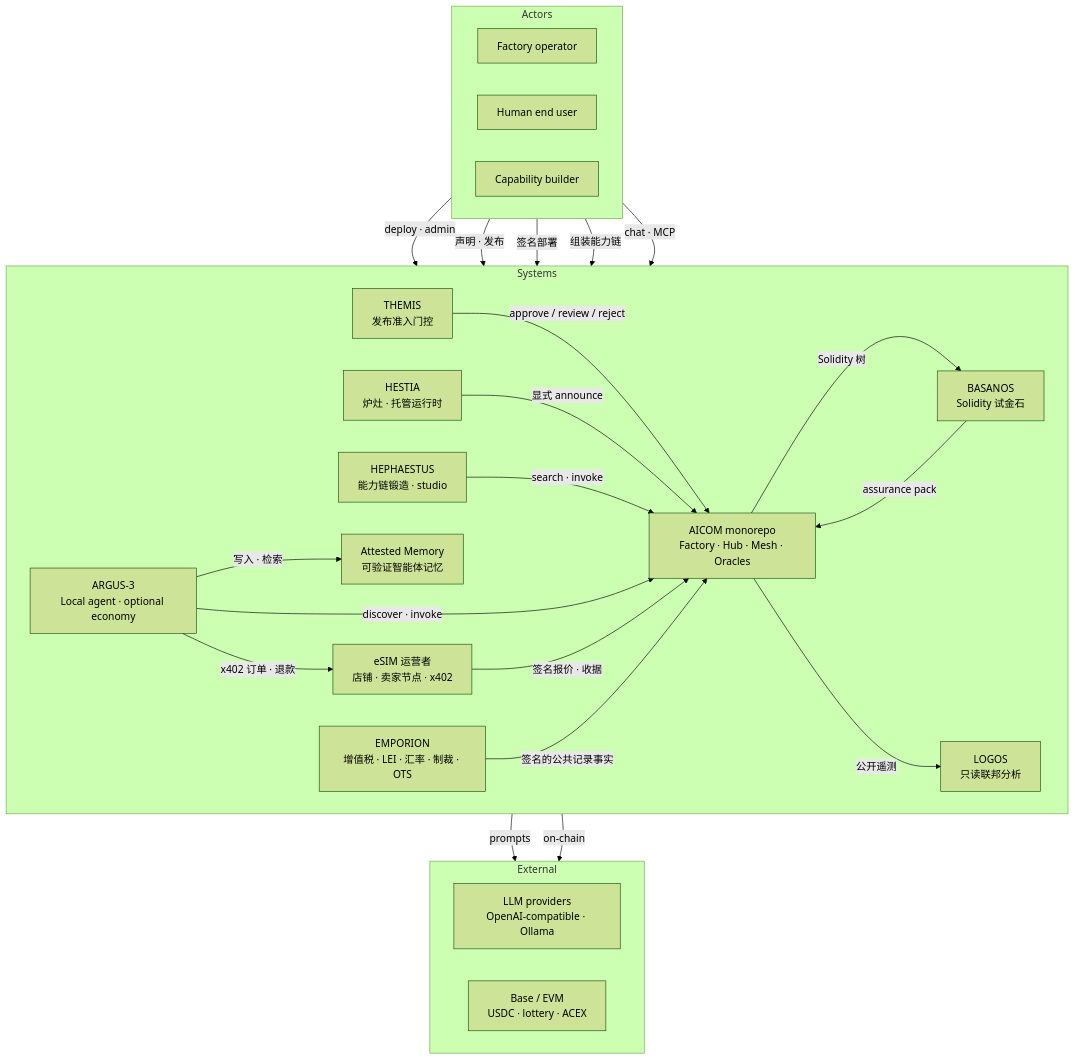
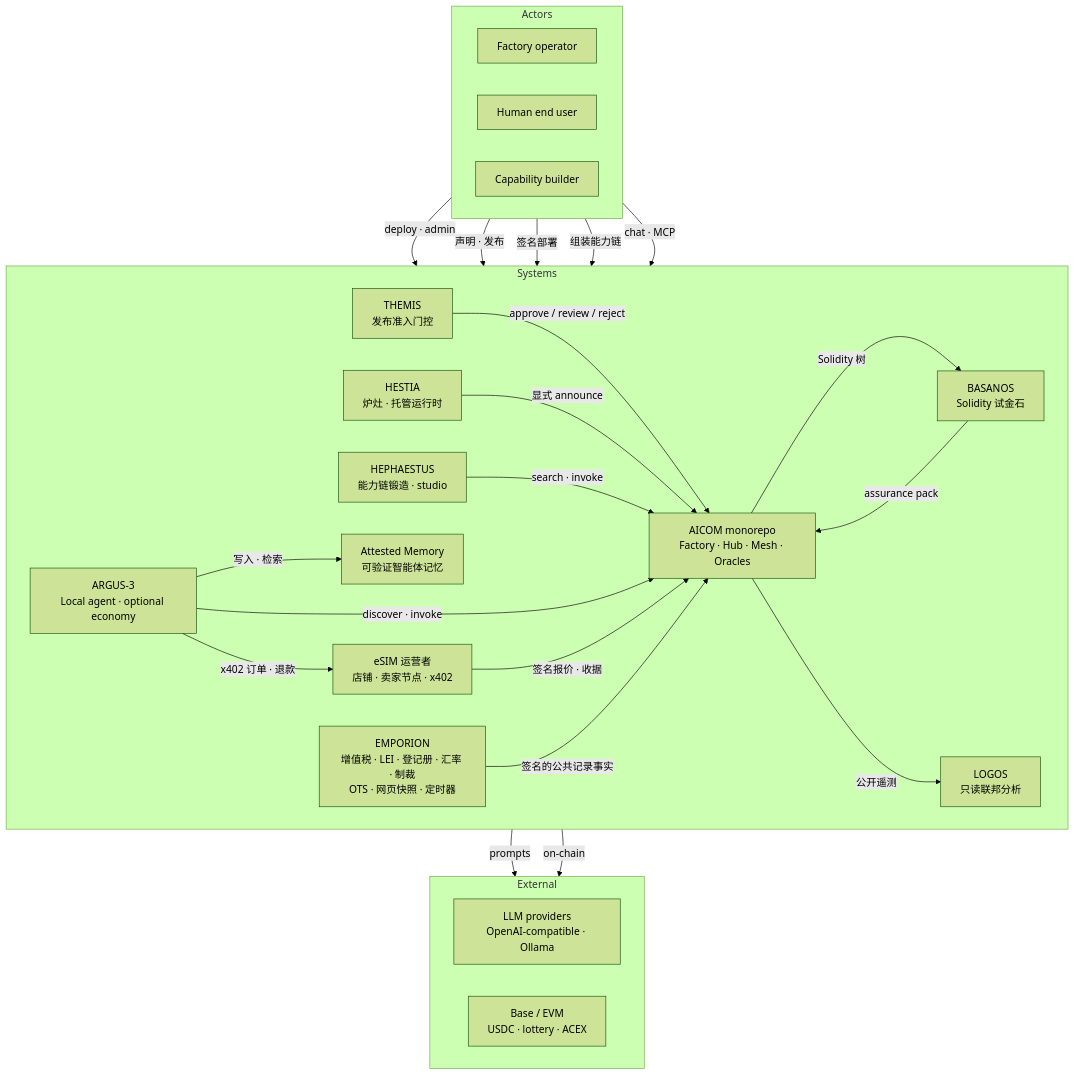
One commit to alexar76/aicom changed the second of 5 diagrams in docs/ecosystem/whitepaper/zh.md. Above: the diagram before and after it, drawn with Mermaid (forest theme). The commit also changed other lines of this file and 26 other files, not shown here.

````diff
--- a/docs/ecosystem/whitepaper/zh.md
+++ b/docs/ecosystem/whitepaper/zh.md
@@ -149,48 +149,48 @@
 ```mermaid
 flowchart TB
   subgraph actors["Actors"]
     direction LR
     operator["Factory operator"]
     enduser["Human end user"]
     builder["Capability builder"]
   end
 
   subgraph systems["Systems"]
     direction LR
     aicom["AICOM monorepo<br/>Factory · Hub · Mesh · Oracles"]
     themis["THEMIS<br/>发布准入门控"]
     hestia["HESTIA<br/>炉灶 · 托管运行时"]
     basanos["BASANOS<br/>Solidity 试金石"]
     hephaestus["HEPHAESTUS<br/>能力链锻造 · studio"]
     logos["LOGOS<br/>只读联邦分析"]
     argus["ARGUS-3<br/>Local agent · optional economy"]
     memory["Attested Memory<br/>可验证智能体记忆"]
     esim["eSIM 运营者<br/>店铺 · 卖家节点 · x402"]
-    emporion["EMPORION<br/>增值税 · LEI · 汇率 · 制裁 · OTS"]
+    emporion["EMPORION<br/>增值税 · LEI · 登记册 · 汇率 · 制裁<br/>OTS · 网页快照 · 定时器"]
   end
 
   subgraph external["External"]
     direction LR
     llm["LLM providers<br/>OpenAI-compatible · Ollama"]
     chain["Base / EVM<br/>USDC · lottery · ACEX"]
   end
 
   operator -->|deploy · admin| aicom
   builder -->|声明 · 发布| themis
   themis -->|"approve / review / reject"| aicom
   builder -->|签名部署| hestia
   hestia -->|显式 announce| aicom
   enduser -->|组装能力链| hephaestus
   hephaestus -->|search · invoke| aicom
   aicom -->|Solidity 树| basanos
   basanos -->|assurance pack| aicom
   enduser -->|chat · MCP| argus
   argus -->|discover · invoke| aicom
   argus -->|写入 · 检索| memory
   argus -->|x402 订单 · 退款| esim
   esim -->|签名报价 · 收据| aicom
   emporion -->|签名的公共记录事实| aicom
   aicom -->|公开遥测| logos
   aicom -->|prompts| llm
   aicom -->|on-chain| chain
 ```
````
